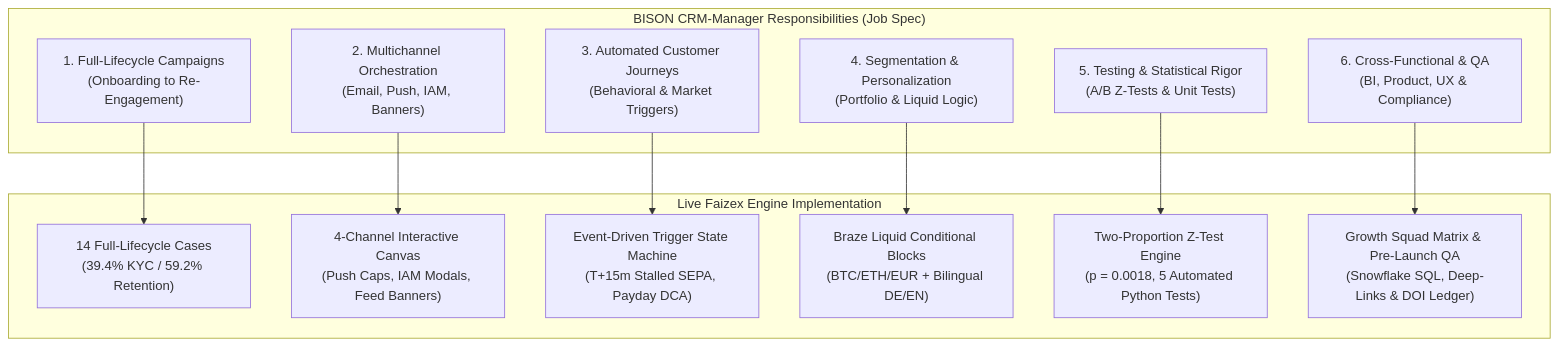
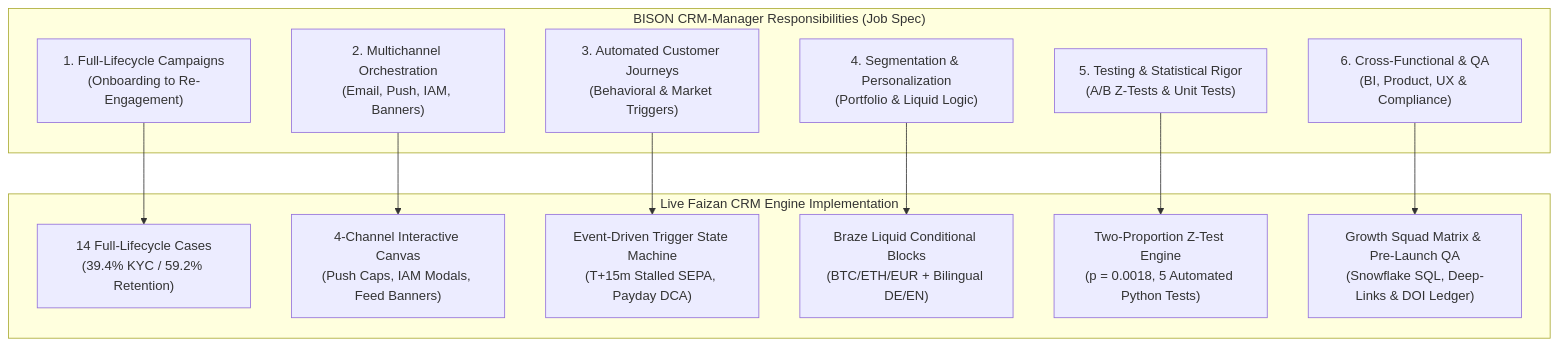
One commit to Faizan021/crypto-trading-growth-engine changed the diagram in README.md. Above: the diagram before and after it, drawn with Mermaid. The commit also changed other lines of this file and 2 other files, not shown here.

Commit message:
refactor(branding): remove Faizex Digital name and update to Faizan Ahmed CRM Portfolio across all files

````diff
--- a/README.md
+++ b/README.md
@@ -18,20 +18,20 @@
 ```mermaid
 flowchart TD
     subgraph BISON_JD["BISON CRM-Manager Responsibilities (Job Spec)"]
         T1["1. Full-Lifecycle Campaigns<br>(Onboarding to Re-Engagement)"]
         T2["2. Multichannel Orchestration<br>(Email, Push, IAM, Banners)"]
         T3["3. Automated Customer Journeys<br>(Behavioral & Market Triggers)"]
         T4["4. Segmentation & Personalization<br>(Portfolio & Liquid Logic)"]
         T5["5. Testing & Statistical Rigor<br>(A/B Z-Tests & Unit Tests)"]
         T6["6. Cross-Functional & QA<br>(BI, Product, UX & Compliance)"]
     end
 
-    subgraph ENGINE["Live Faizex Engine Implementation"]
+    subgraph ENGINE["Live Faizan CRM Engine Implementation"]
         T1 --> E1["14 Full-Lifecycle Cases<br>(39.4% KYC / 59.2% Retention)"]
         T2 --> E2["4-Channel Interactive Canvas<br>(Push Caps, IAM Modals, Feed Banners)"]
         T3 --> E3["Event-Driven Trigger State Machine<br>(T+15m Stalled SEPA, Payday DCA)"]
         T4 --> E4["Braze Liquid Conditional Blocks<br>(BTC/ETH/EUR + Bilingual DE/EN)"]
         T5 --> E5["Two-Proportion Z-Test Engine<br>(p = 0.0018, 5 Automated Python Tests)"]
         T6 --> E6["Growth Squad Matrix & Pre-Launch QA<br>(Snowflake SQL, Deep-Links & DOI Ledger)"]
     end
 ```
````
